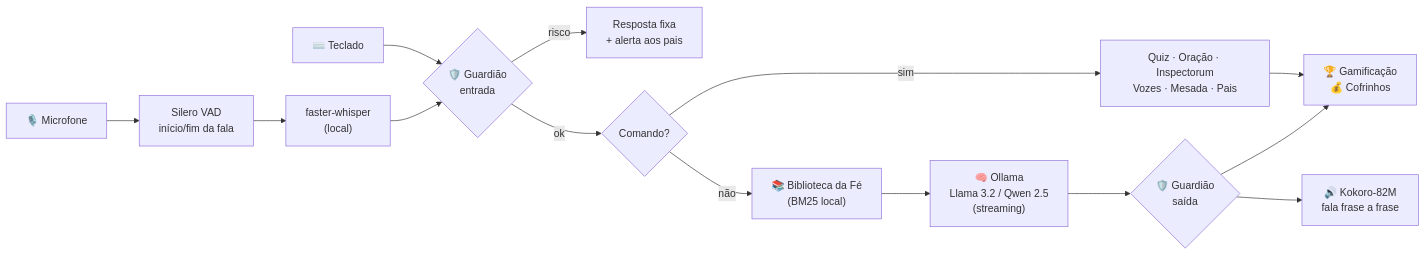
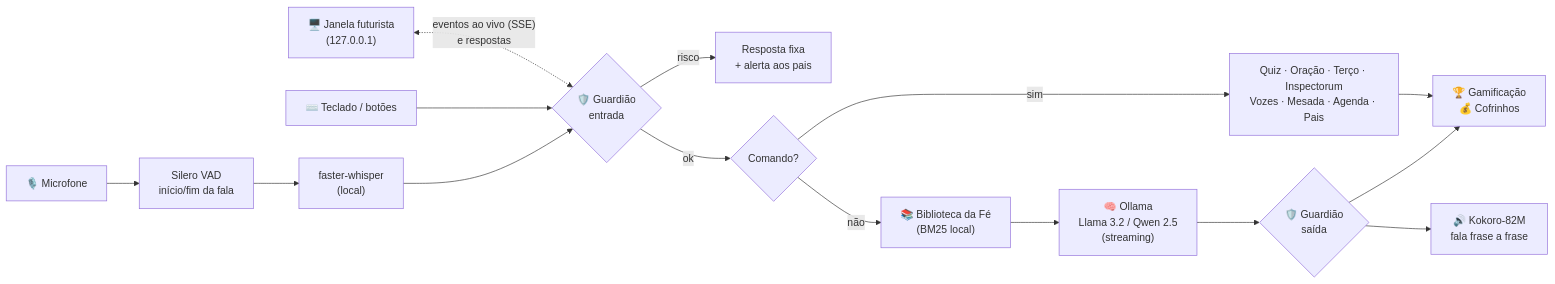
Before and after one commit to AntonioDantas/jarvis_kids: the second of 2 diagrams in README.md, drawn with Mermaid. The commit also changed other lines of this file and 73 other files, not shown here.

````diff
--- a/README.md
+++ b/README.md
@@ -263,16 +451,17 @@
 ```mermaid
 flowchart LR
+    JAN["🖥️ Janela futurista<br/>(127.0.0.1)"] <-. "eventos ao vivo (SSE)<br/>e respostas" .-> G1
     MIC["🎙️ Microfone"] --> VAD["Silero VAD<br/>início/fim da fala"]
     VAD --> STT["faster-whisper<br/>(local)"]
-    TEC["⌨️ Teclado"] --> G1
+    TEC["⌨️ Teclado / botões"] --> G1
     STT --> G1{"🛡️ Guardião<br/>entrada"}
     G1 -- risco --> FIX["Resposta fixa<br/>+ alerta aos pais"]
     G1 -- ok --> CMD{"Comando?"}
-    CMD -- sim --> MOD["Quiz · Oração · Inspectorum<br/>Vozes · Mesada · Pais"]
+    CMD -- sim --> MOD["Quiz · Oração · Terço · Inspectorum<br/>Vozes · Mesada · Agenda · Pais"]
     CMD -- não --> RAG["📚 Biblioteca da Fé<br/>(BM25 local)"]
     RAG --> LLM["🧠 Ollama<br/>Llama 3.2 / Qwen 2.5<br/>(streaming)"]
     LLM --> G2{"🛡️ Guardião<br/>saída"}
     G2 --> TTS["🔊 Kokoro-82M<br/>fala frase a frase"]
     MOD --> GAME["🏆 Gamificação<br/>💰 Cofrinhos"]
     G2 --> GAME
 ```
````
